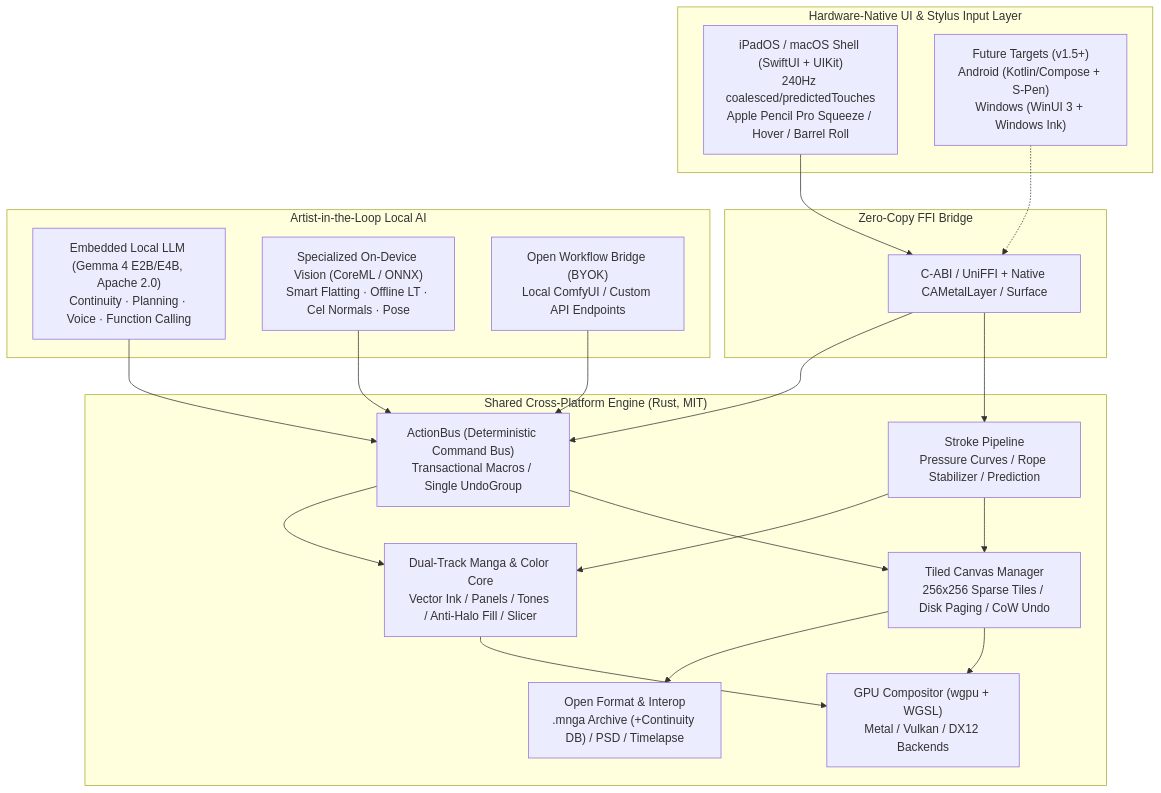
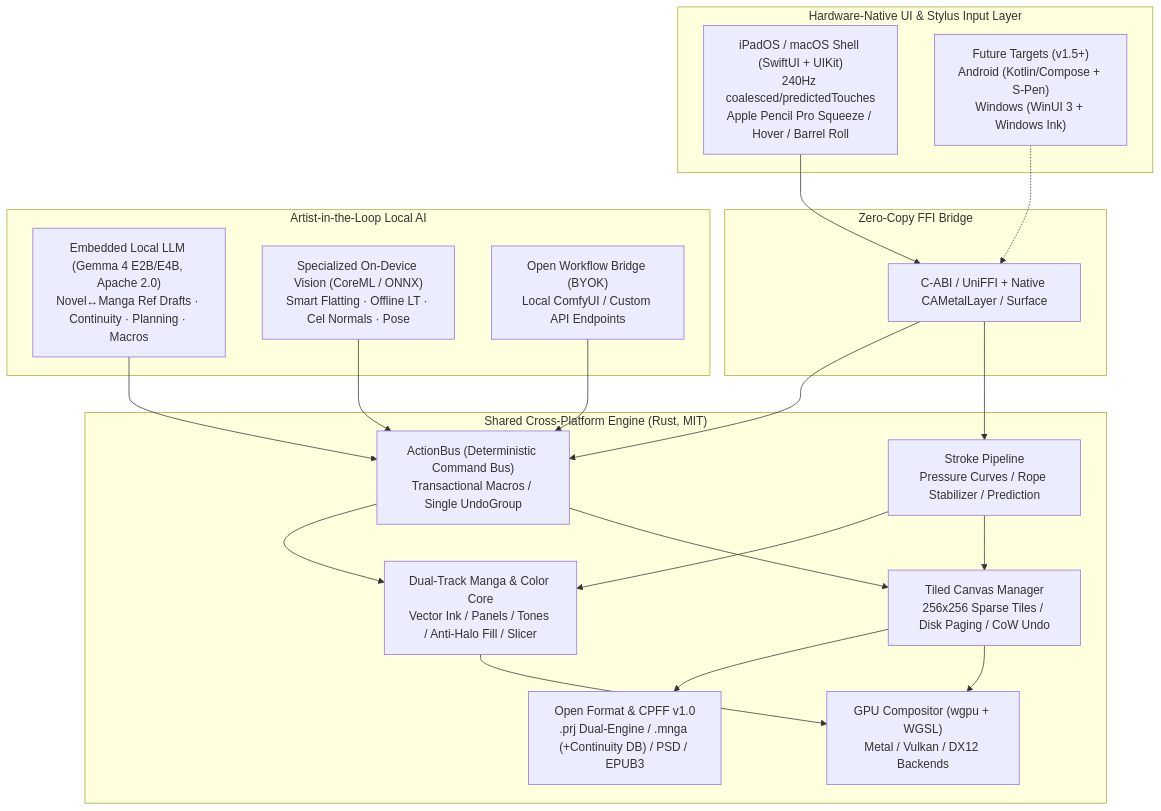
One commit to 70sDushuren/About-Paint-Tools changed the diagram in README.md. Above: the diagram before and after it, drawn with Mermaid. The commit also changed other lines of this file and 29 other files, not shown here.

Commit message:
feat: add Dual-Engine Novel x Manga Parallel Studio to v1.0, CPFF v1.0, Rust core, and 5-locale i18n

````diff
--- a/README.md
+++ b/README.md
@@ -33,41 +33,41 @@
 ```mermaid
 flowchart TD
     subgraph UI["Hardware-Native UI & Stylus Input Layer"]
         iPad["iPadOS / macOS Shell (SwiftUI + UIKit)<br/>240Hz coalesced/predictedTouches<br/>Apple Pencil Pro Squeeze / Hover / Barrel Roll"]
         Future["Future Targets (v1.5+)<br/>Android (Kotlin/Compose + S-Pen)<br/>Windows (WinUI 3 + Windows Ink)"]
     end
 
     subgraph Bridge["Zero-Copy FFI Bridge"]
         FFI["C-ABI / UniFFI + Native CAMetalLayer / Surface"]
     end
 
     subgraph Core["Shared Cross-Platform Engine (Rust, MIT)"]
         Bus["ActionBus (Deterministic Command Bus)<br/>Transactional Macros / Single UndoGroup"]
         Input["Stroke Pipeline<br/>Pressure Curves / Rope Stabilizer / Prediction"]
         Canvas["Tiled Canvas Manager<br/>256x256 Sparse Tiles / Disk Paging / CoW Undo"]
         Vector["Dual-Track Manga & Color Core<br/>Vector Ink / Panels / Tones / Anti-Halo Fill / Slicer"]
         Render["GPU Compositor (wgpu + WGSL)<br/>Metal / Vulkan / DX12 Backends"]
-        IO["Open Format & Interop<br/>.mnga Archive (+Continuity DB) / PSD / Timelapse"]
+        IO["Open Format & CPFF v1.0<br/>.prj Dual-Engine / .mnga (+Continuity DB) / PSD / EPUB3"]
     end
 
     subgraph AI["Artist-in-the-Loop Local AI"]
-        Gemma["Embedded Local LLM (Gemma 4 E2B/E4B, Apache 2.0)<br/>Continuity · Planning · Voice · Function Calling"]
+        Gemma["Embedded Local LLM (Gemma 4 E2B/E4B, Apache 2.0)<br/>Novel↔Manga Ref Drafts · Continuity · Planning · Macros"]
         Vision["Specialized On-Device Vision (CoreML / ONNX)<br/>Smart Flatting · Offline LT · Cel Normals · Pose"]
         BridgeAI["Open Workflow Bridge (BYOK)<br/>Local ComfyUI / Custom API Endpoints"]
     end
 
     iPad --> FFI
     Future -.-> FFI
     FFI --> Input
     FFI --> Bus
     Gemma --> Bus
     Vision --> Bus
     BridgeAI --> Bus
     Bus --> Canvas
     Bus --> Vector
     Input --> Canvas
     Input --> Vector
     Canvas --> Render
     Vector --> Render
     Canvas --> IO
 ```
````
